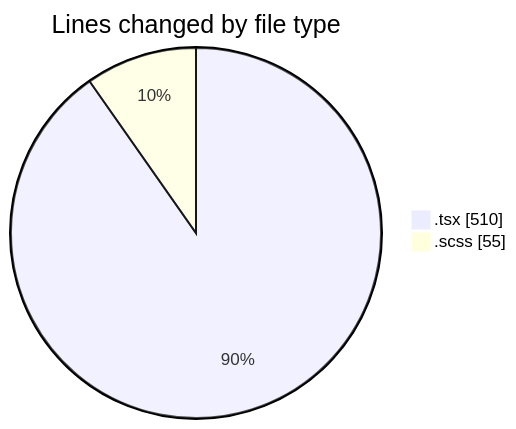
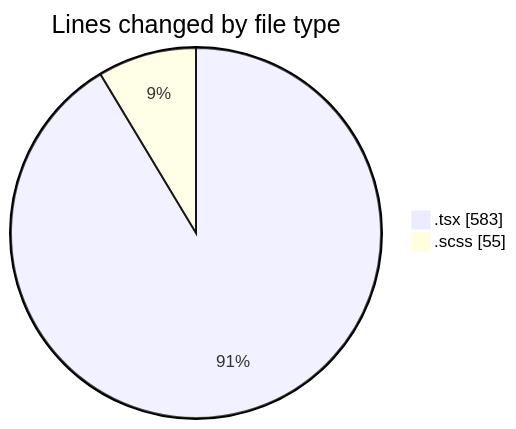
One commit to momahboobian/code-tracking changed the first of 2 diagrams in 2025-04-10/cda/README.md. Above: the diagram before and after it, drawn with Mermaid. The commit also changed other lines of this file and 1 other file, not shown here.

````diff
--- a/2025-04-10/cda/README.md
+++ b/2025-04-10/cda/README.md
@@ -21,6 +22,6 @@
 ```mermaid
 pie showData
 title Lines changed by file type
-".tsx" : 510
+".tsx" : 583
 ".scss" : 55
 ```
````
